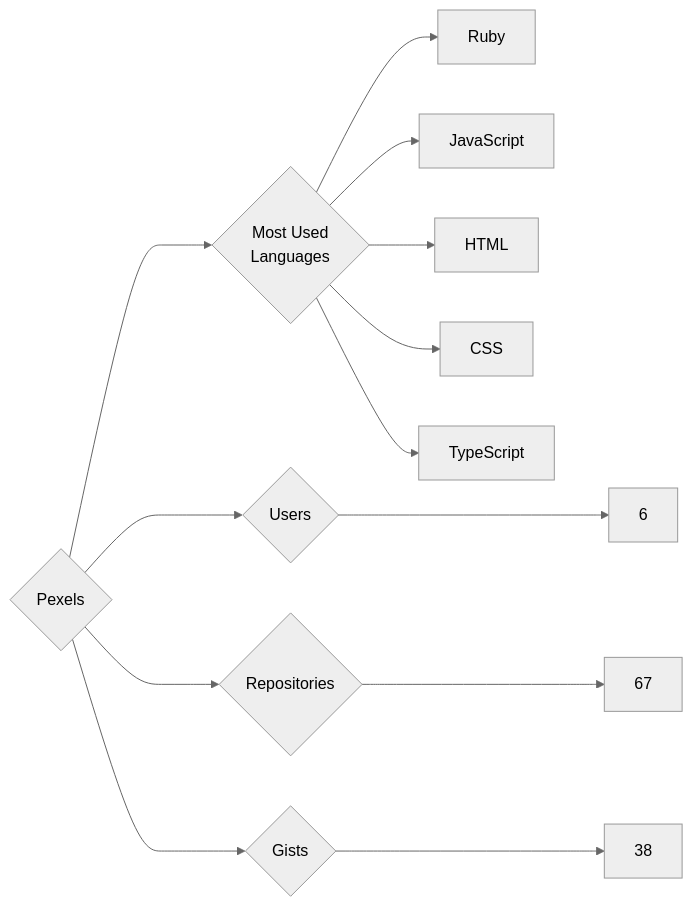
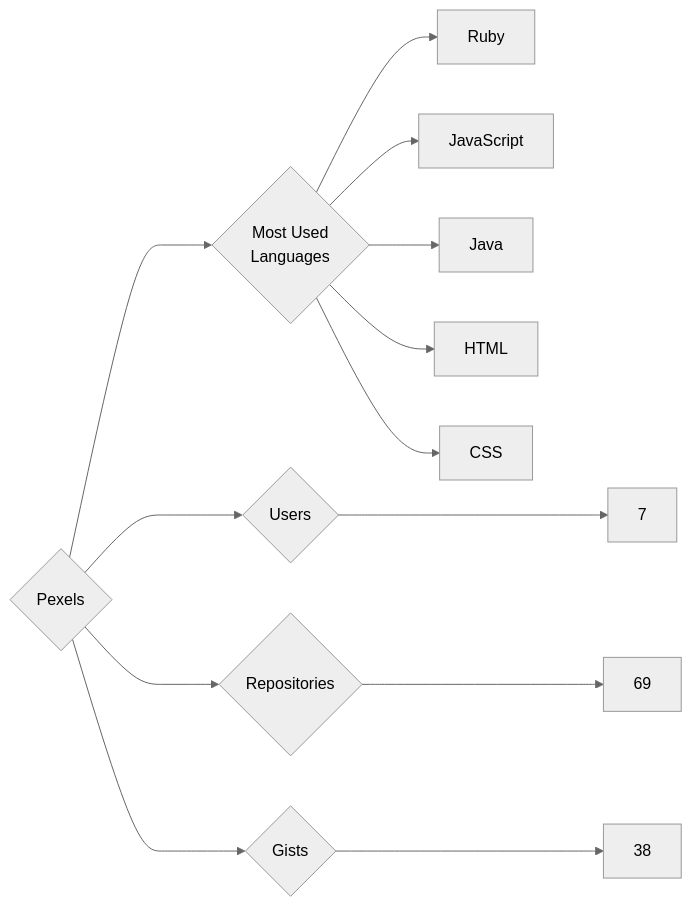
One commit to trickest/insiders changed the diagram in targets/Pexels/README.md. Above: the diagram before and after it, drawn with Mermaid (neutral theme). The commit also changed 839 other files, not shown here.

````diff
--- a/targets/Pexels/README.md
+++ b/targets/Pexels/README.md
@@ -3,13 +3,13 @@
 ```mermaid
 graph LR
 COMPANY_NAME{Pexels}
-COMPANY_NAME ---> U{Users} ---> UN[6]
-COMPANY_NAME ---> R{Repositories} ---> RN[67]
+COMPANY_NAME ---> U{Users} ---> UN[7]
+COMPANY_NAME ---> R{Repositories} ---> RN[69]
 COMPANY_NAME ---> G{Gists} ---> GN[38]
 COMPANY_NAME ---> ML{Most Used<br>Languages}
 ML --> Ruby[Ruby]
 ML --> JavaScript[JavaScript]
+ML --> Java[Java]
 ML --> HTML[HTML]
 ML --> CSS[CSS]
-ML --> TypeScript[TypeScript]
 ```
````
